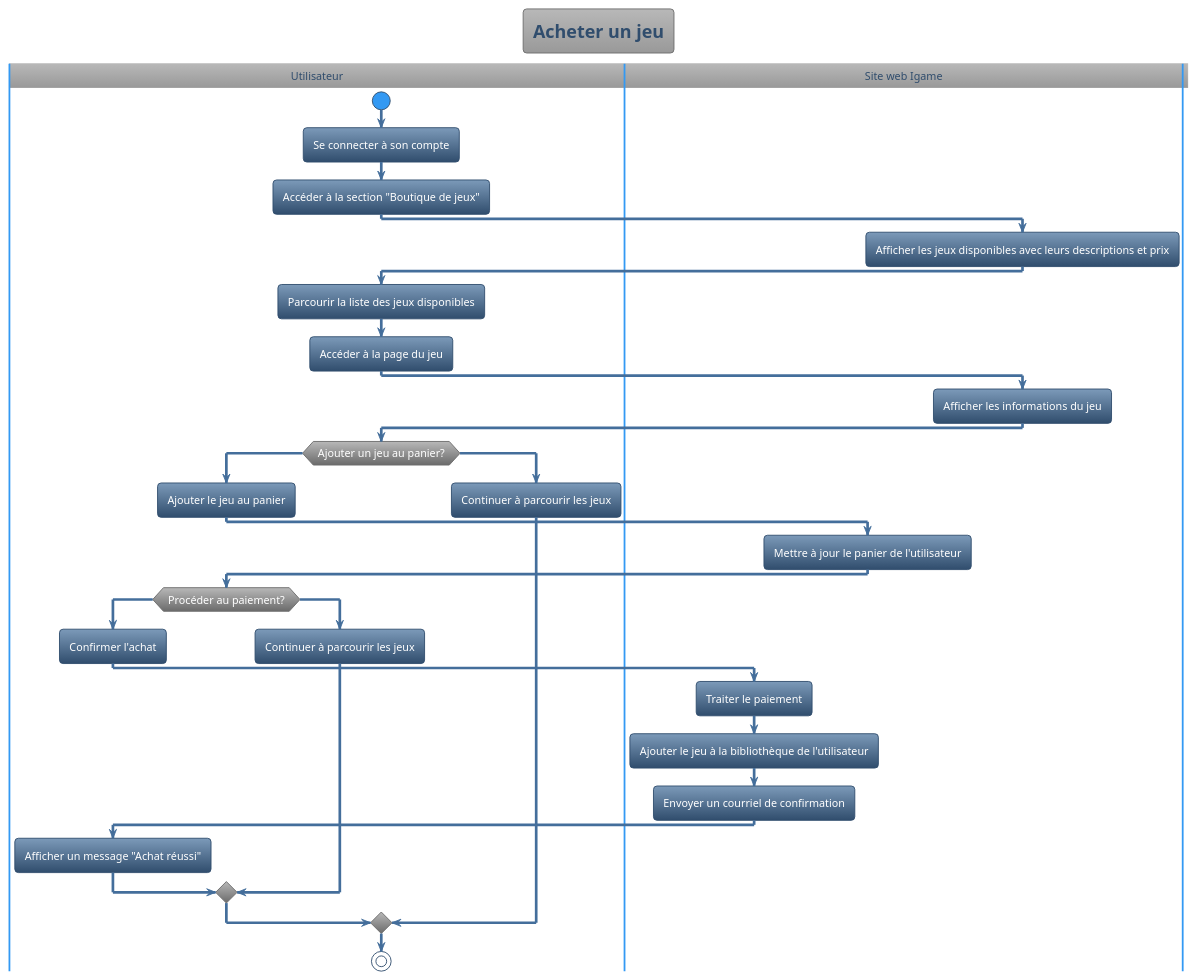
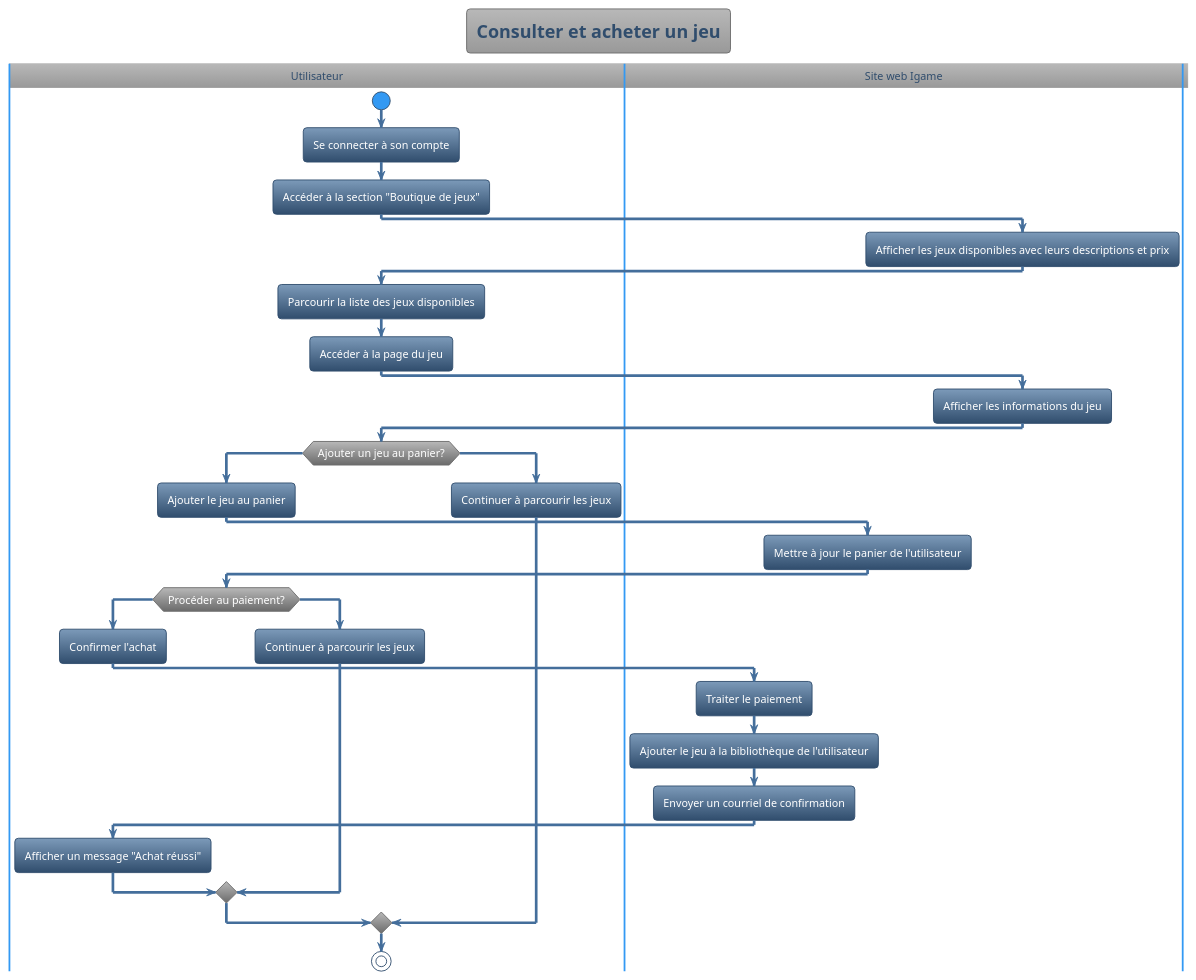
One commit to Jacob-Cossette/GTI510 changed the diagram in CU4_acheter.puml. Above: the diagram before and after it, drawn with PlantUML. The commit also changed 22 other files, not shown here.

```diff
--- a/CU4_acheter.puml
+++ b/CU4_acheter.puml
@@ -1,36 +1,36 @@
 @startuml
 !theme spacelab
-title Acheter un jeu
+title Consulter et acheter un jeu
 |Utilisateur|
 start
 :Se connecter à son compte;
 :Accéder à la section "Boutique de jeux";
 |Site web Igame|
 :Afficher les jeux disponibles avec leurs descriptions et prix;
 |Utilisateur|
 :Parcourir la liste des jeux disponibles;
 :Accéder à la page du jeu;
 |Site web Igame|
 :Afficher les informations du jeu;
 |Utilisateur|
 if (Ajouter un jeu au panier?) then (Oui)
   :Ajouter le jeu au panier;
   |Site web Igame|
   :Mettre à jour le panier de l'utilisateur;
   |Utilisateur|
   if (Procéder au paiement?) then (Oui)
     :Confirmer l'achat;
     |Site web Igame|
     :Traiter le paiement;
     :Ajouter le jeu à la bibliothèque de l'utilisateur;
     :Envoyer un courriel de confirmation;
     |Utilisateur|
     :Afficher un message "Achat réussi";
   else (Non)
     :Continuer à parcourir les jeux;
   endif
 else (Non)
   :Continuer à parcourir les jeux;
 endif
 stop
 @enduml
```
